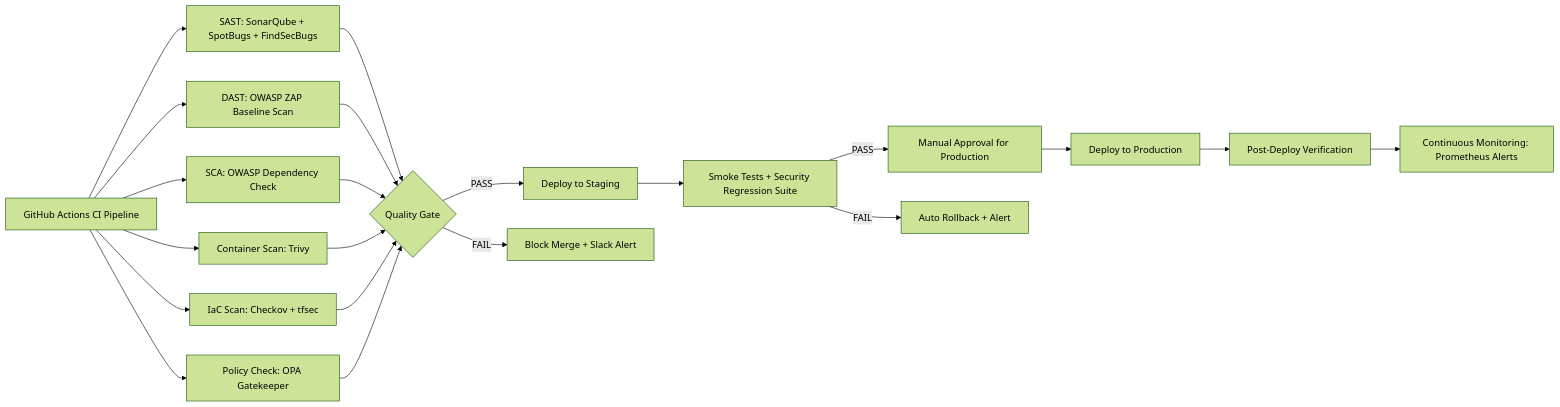
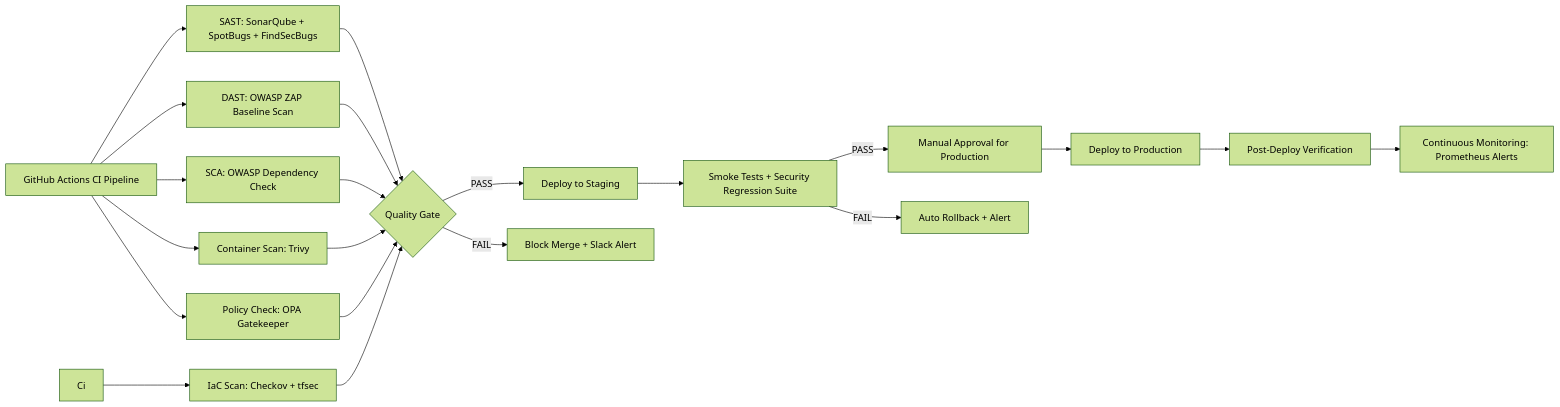
One commit to hainguyen81/social-scheduler changed the seventh of 7 diagrams in sources/docs/architecture/SecurityComplianceMatrix.md. Above: the diagram before and after it, drawn with Mermaid (forest theme). The commit also changed other lines of this file and 4 other files, not shown here.

Commit message:
feat(standalone): [ AI Doc Agent ] dynamic architecture layer compiled for Phase 5 Day 3

````diff
--- a/sources/docs/architecture/SecurityComplianceMatrix.md
+++ b/sources/docs/architecture/SecurityComplianceMatrix.md
@@ -671,27 +671,27 @@
 ```mermaid
 flowchart LR
     CI[GitHub Actions CI Pipeline] --> SAST[SAST: SonarQube + SpotBugs + FindSecBugs]
     CI --> DAST[DAST: OWASP ZAP Baseline Scan]
     CI --> SCA[SCA: OWASP Dependency Check]
     CI --> ContainerScan[Container Scan: Trivy]
-    CI --> IaCScan[IaC Scan: Checkov + tfsec]
+    Ci --> IaCScan[IaC Scan: Checkov + tfsec]
     CI --> PolicyCheck[Policy Check: OPA Gatekeeper]
     
     SAST --> QualityGate{Quality Gate}
     DAST --> QualityGate
     SCA --> QualityGate
     ContainerScan --> QualityGate
     IaCScan --> QualityGate
     PolicyCheck --> QualityGate
     
     QualityGate -->|PASS| Deploy[Deploy to Staging]
     QualityGate -->|FAIL| Block[Block Merge + Slack Alert]
     
     Deploy --> SmokeTest[Smoke Tests + Security Regression Suite]
     SmokeTest -->|PASS| ProdApproval[Manual Approval for Production]
     SmokeTest -->|FAIL| Rollback[Auto Rollback + Alert]
     
     ProdApproval --> DeployProd[Deploy to Production]
     DeployProd --> PostDeploy[Post-Deploy Verification]
     PostDeploy --> Monitoring[Continuous Monitoring: Prometheus Alerts]
 ```
````
